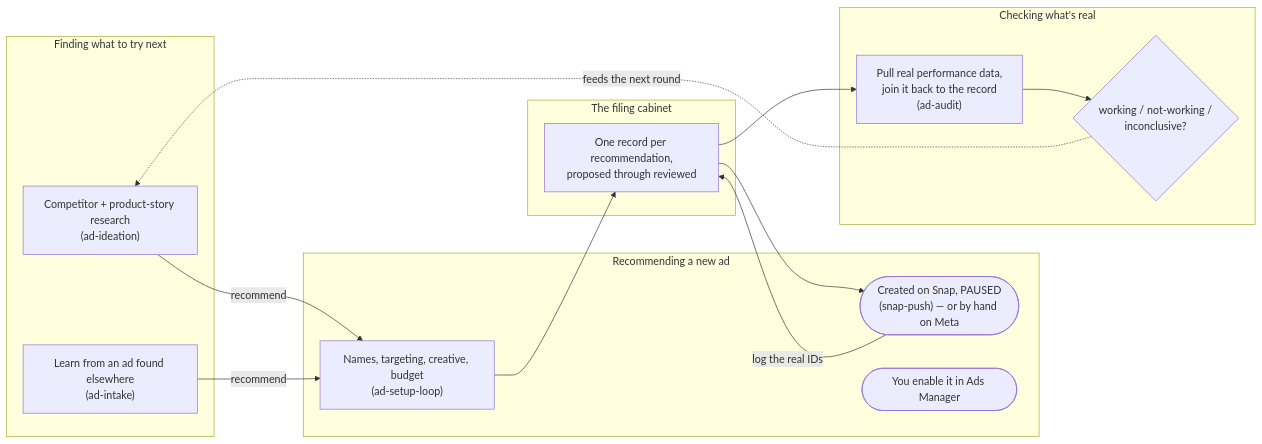
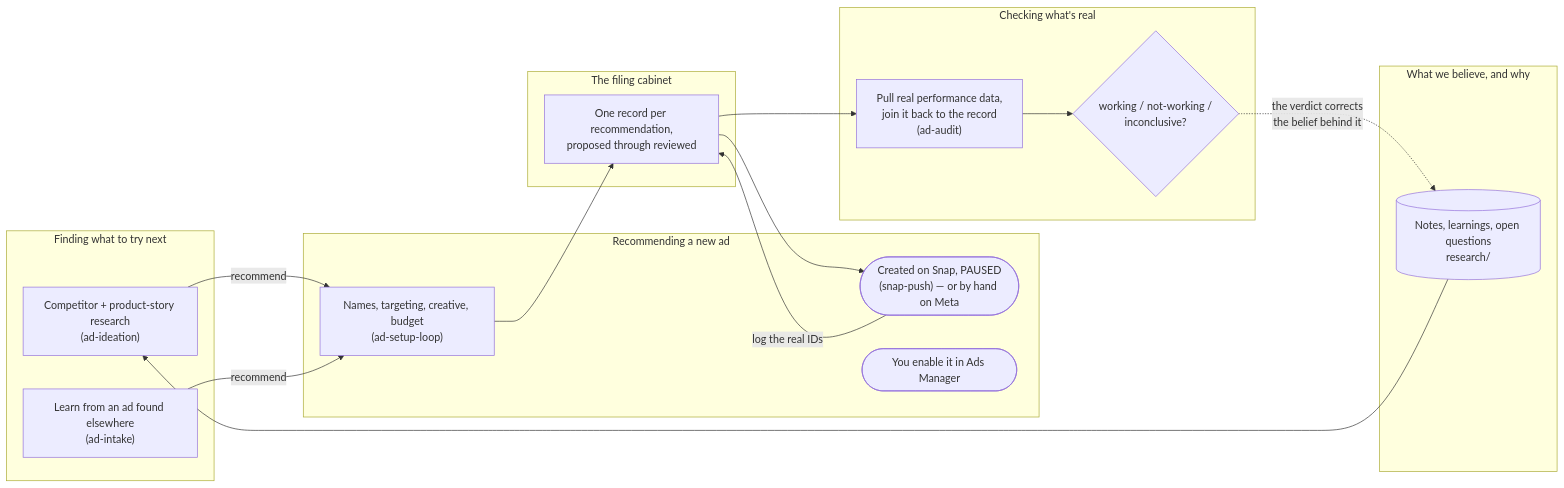
One commit to sreme19/ad-management-agent changed the diagram in wiki-export/Home.md. Above: the diagram before and after it, drawn with Mermaid. The commit also changed other lines of this file and 3 other files, not shown here.

````diff
--- a/wiki-export/Home.md
+++ b/wiki-export/Home.md
@@ -15,30 +15,35 @@
 ```mermaid
 flowchart LR
     subgraph Ideate["Finding what to try next"]
         I1["Competitor + product-story research\n(ad-ideation)"]
         I2["Learn from an ad found elsewhere\n(ad-intake)"]
     end
 
     subgraph Setup["Recommending a new ad"]
         S1["Names, targeting, creative, budget\n(ad-setup-loop)"]
         S2(["Created on Snap, PAUSED\n(snap-push) — or by hand on Meta"])
         S3(["You enable it in Ads Manager"])
     end
 
     subgraph Track["The filing cabinet"]
         L1["One record per recommendation,\nproposed through reviewed"]
     end
 
     subgraph Audit["Checking what's real"]
         A1["Pull real performance data,\njoin it back to the record\n(ad-audit)"]
         A2{"working / not-working /\ninconclusive?"}
     end
 
+    subgraph Learn["What we believe, and why"]
+        R1[("Notes, learnings, open questions\nresearch/")]
+    end
+
+    R1 --> I1
     I1 -->|"recommend"| S1
     I2 -->|"recommend"| S1
     S1 --> L1
     L1 --> S2
     S2 -->|"log the real IDs"| L1
     L1 --> A1 --> A2
-    A2 -.->|"feeds the next round"| I1
+    A2 -.->|"the verdict corrects\nthe belief behind it"| R1
 ```
````
